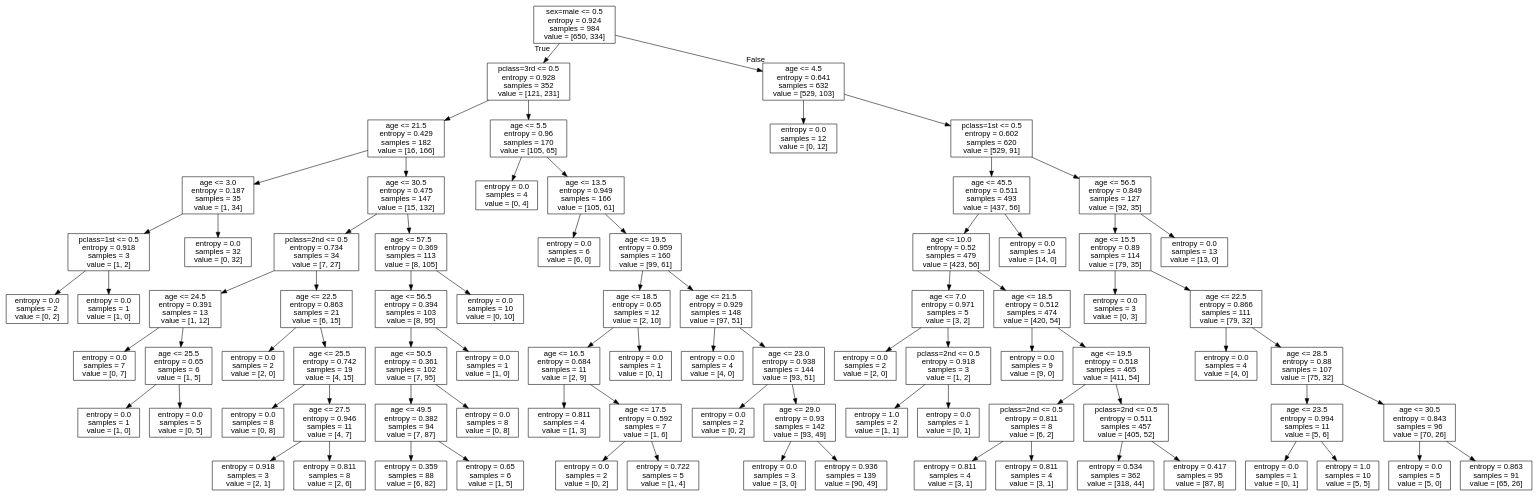
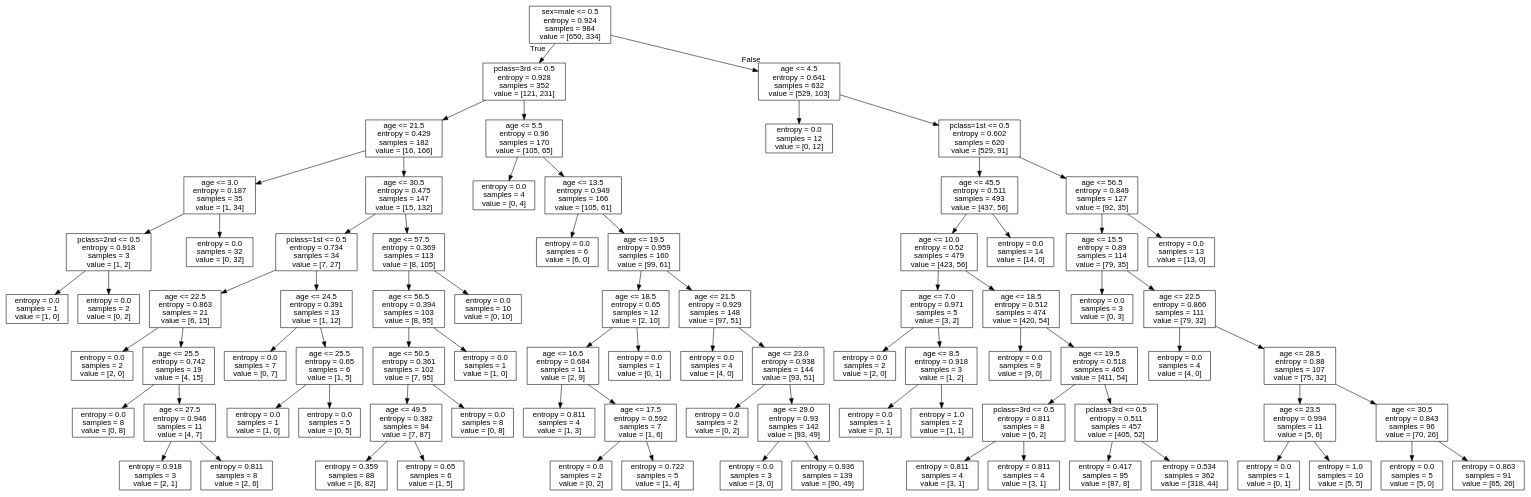
The diagram in day2/titanic_tree.dot (unluckynike/Python_ML_Primer), drawn with Graphviz before and after one commit. The commit also changed 5 other files, not shown here.

```diff
--- a/day2/titanic_tree.dot
+++ b/day2/titanic_tree.dot
@@ -1,169 +1,169 @@
 digraph Tree {
 node [shape=box, fontname="helvetica"] ;
 edge [fontname="helvetica"] ;
 0 [label="sex=male <= 0.5\nentropy = 0.924\nsamples = 984\nvalue = [650, 334]"] ;
 1 [label="pclass=3rd <= 0.5\nentropy = 0.928\nsamples = 352\nvalue = [121, 231]"] ;
 0 -> 1 [labeldistance=2.5, labelangle=45, headlabel="True"] ;
 2 [label="age <= 21.5\nentropy = 0.429\nsamples = 182\nvalue = [16, 166]"] ;
 1 -> 2 ;
 3 [label="age <= 3.0\nentropy = 0.187\nsamples = 35\nvalue = [1, 34]"] ;
 2 -> 3 ;
-4 [label="pclass=1st <= 0.5\nentropy = 0.918\nsamples = 3\nvalue = [1, 2]"] ;
+4 [label="pclass=2nd <= 0.5\nentropy = 0.918\nsamples = 3\nvalue = [1, 2]"] ;
 3 -> 4 ;
-5 [label="entropy = 0.0\nsamples = 2\nvalue = [0, 2]"] ;
+5 [label="entropy = 0.0\nsamples = 1\nvalue = [1, 0]"] ;
 4 -> 5 ;
-6 [label="entropy = 0.0\nsamples = 1\nvalue = [1, 0]"] ;
+6 [label="entropy = 0.0\nsamples = 2\nvalue = [0, 2]"] ;
 4 -> 6 ;
 7 [label="entropy = 0.0\nsamples = 32\nvalue = [0, 32]"] ;
 3 -> 7 ;
 8 [label="age <= 30.5\nentropy = 0.475\nsamples = 147\nvalue = [15, 132]"] ;
 2 -> 8 ;
-9 [label="pclass=2nd <= 0.5\nentropy = 0.734\nsamples = 34\nvalue = [7, 27]"] ;
+9 [label="pclass=1st <= 0.5\nentropy = 0.734\nsamples = 34\nvalue = [7, 27]"] ;
 8 -> 9 ;
-10 [label="age <= 24.5\nentropy = 0.391\nsamples = 13\nvalue = [1, 12]"] ;
+10 [label="age <= 22.5\nentropy = 0.863\nsamples = 21\nvalue = [6, 15]"] ;
 9 -> 10 ;
-11 [label="entropy = 0.0\nsamples = 7\nvalue = [0, 7]"] ;
+11 [label="entropy = 0.0\nsamples = 2\nvalue = [2, 0]"] ;
 10 -> 11 ;
-12 [label="age <= 25.5\nentropy = 0.65\nsamples = 6\nvalue = [1, 5]"] ;
+12 [label="age <= 25.5\nentropy = 0.742\nsamples = 19\nvalue = [4, 15]"] ;
 10 -> 12 ;
-13 [label="entropy = 0.0\nsamples = 1\nvalue = [1, 0]"] ;
+13 [label="entropy = 0.0\nsamples = 8\nvalue = [0, 8]"] ;
 12 -> 13 ;
-14 [label="entropy = 0.0\nsamples = 5\nvalue = [0, 5]"] ;
+14 [label="age <= 27.5\nentropy = 0.946\nsamples = 11\nvalue = [4, 7]"] ;
 12 -> 14 ;
-15 [label="age <= 22.5\nentropy = 0.863\nsamples = 21\nvalue = [6, 15]"] ;
-9 -> 15 ;
-16 [label="entropy = 0.0\nsamples = 2\nvalue = [2, 0]"] ;
-15 -> 16 ;
-17 [label="age <= 25.5\nentropy = 0.742\nsamples = 19\nvalue = [4, 15]"] ;
-15 -> 17 ;
-18 [label="entropy = 0.0\nsamples = 8\nvalue = [0, 8]"] ;
+15 [label="entropy = 0.918\nsamples = 3\nvalue = [2, 1]"] ;
+14 -> 15 ;
+16 [label="entropy = 0.811\nsamples = 8\nvalue = [2, 6]"] ;
+14 -> 16 ;
+17 [label="age <= 24.5\nentropy = 0.391\nsamples = 13\nvalue = [1, 12]"] ;
+9 -> 17 ;
+18 [label="entropy = 0.0\nsamples = 7\nvalue = [0, 7]"] ;
 17 -> 18 ;
-19 [label="age <= 27.5\nentropy = 0.946\nsamples = 11\nvalue = [4, 7]"] ;
+19 [label="age <= 25.5\nentropy = 0.65\nsamples = 6\nvalue = [1, 5]"] ;
 17 -> 19 ;
-20 [label="entropy = 0.918\nsamples = 3\nvalue = [2, 1]"] ;
+20 [label="entropy = 0.0\nsamples = 1\nvalue = [1, 0]"] ;
 19 -> 20 ;
-21 [label="entropy = 0.811\nsamples = 8\nvalue = [2, 6]"] ;
+21 [label="entropy = 0.0\nsamples = 5\nvalue = [0, 5]"] ;
 19 -> 21 ;
 22 [label="age <= 57.5\nentropy = 0.369\nsamples = 113\nvalue = [8, 105]"] ;
 8 -> 22 ;
 23 [label="age <= 56.5\nentropy = 0.394\nsamples = 103\nvalue = [8, 95]"] ;
 22 -> 23 ;
 24 [label="age <= 50.5\nentropy = 0.361\nsamples = 102\nvalue = [7, 95]"] ;
 23 -> 24 ;
 25 [label="age <= 49.5\nentropy = 0.382\nsamples = 94\nvalue = [7, 87]"] ;
 24 -> 25 ;
 26 [label="entropy = 0.359\nsamples = 88\nvalue = [6, 82]"] ;
 25 -> 26 ;
 27 [label="entropy = 0.65\nsamples = 6\nvalue = [1, 5]"] ;
 25 -> 27 ;
 28 [label="entropy = 0.0\nsamples = 8\nvalue = [0, 8]"] ;
 24 -> 28 ;
 29 [label="entropy = 0.0\nsamples = 1\nvalue = [1, 0]"] ;
 23 -> 29 ;
 30 [label="entropy = 0.0\nsamples = 10\nvalue = [0, 10]"] ;
 22 -> 30 ;
 31 [label="age <= 5.5\nentropy = 0.96\nsamples = 170\nvalue = [105, 65]"] ;
 1 -> 31 ;
 32 [label="entropy = 0.0\nsamples = 4\nvalue = [0, 4]"] ;
 31 -> 32 ;
 33 [label="age <= 13.5\nentropy = 0.949\nsamples = 166\nvalue = [105, 61]"] ;
 31 -> 33 ;
 34 [label="entropy = 0.0\nsamples = 6\nvalue = [6, 0]"] ;
 33 -> 34 ;
 35 [label="age <= 19.5\nentropy = 0.959\nsamples = 160\nvalue = [99, 61]"] ;
 33 -> 35 ;
 36 [label="age <= 18.5\nentropy = 0.65\nsamples = 12\nvalue = [2, 10]"] ;
 35 -> 36 ;
 37 [label="age <= 16.5\nentropy = 0.684\nsamples = 11\nvalue = [2, 9]"] ;
 36 -> 37 ;
 38 [label="entropy = 0.811\nsamples = 4\nvalue = [1, 3]"] ;
 37 -> 38 ;
 39 [label="age <= 17.5\nentropy = 0.592\nsamples = 7\nvalue = [1, 6]"] ;
 37 -> 39 ;
 40 [label="entropy = 0.0\nsamples = 2\nvalue = [0, 2]"] ;
 39 -> 40 ;
 41 [label="entropy = 0.722\nsamples = 5\nvalue = [1, 4]"] ;
 39 -> 41 ;
 42 [label="entropy = 0.0\nsamples = 1\nvalue = [0, 1]"] ;
 36 -> 42 ;
 43 [label="age <= 21.5\nentropy = 0.929\nsamples = 148\nvalue = [97, 51]"] ;
 35 -> 43 ;
 44 [label="entropy = 0.0\nsamples = 4\nvalue = [4, 0]"] ;
 43 -> 44 ;
 45 [label="age <= 23.0\nentropy = 0.938\nsamples = 144\nvalue = [93, 51]"] ;
 43 -> 45 ;
 46 [label="entropy = 0.0\nsamples = 2\nvalue = [0, 2]"] ;
 45 -> 46 ;
 47 [label="age <= 29.0\nentropy = 0.93\nsamples = 142\nvalue = [93, 49]"] ;
 45 -> 47 ;
 48 [label="entropy = 0.0\nsamples = 3\nvalue = [3, 0]"] ;
 47 -> 48 ;
 49 [label="entropy = 0.936\nsamples = 139\nvalue = [90, 49]"] ;
 47 -> 49 ;
 50 [label="age <= 4.5\nentropy = 0.641\nsamples = 632\nvalue = [529, 103]"] ;
 0 -> 50 [labeldistance=2.5, labelangle=-45, headlabel="False"] ;
 51 [label="entropy = 0.0\nsamples = 12\nvalue = [0, 12]"] ;
 50 -> 51 ;
 52 [label="pclass=1st <= 0.5\nentropy = 0.602\nsamples = 620\nvalue = [529, 91]"] ;
 50 -> 52 ;
 53 [label="age <= 45.5\nentropy = 0.511\nsamples = 493\nvalue = [437, 56]"] ;
 52 -> 53 ;
 54 [label="age <= 10.0\nentropy = 0.52\nsamples = 479\nvalue = [423, 56]"] ;
 53 -> 54 ;
 55 [label="age <= 7.0\nentropy = 0.971\nsamples = 5\nvalue = [3, 2]"] ;
 54 -> 55 ;
 56 [label="entropy = 0.0\nsamples = 2\nvalue = [2, 0]"] ;
 55 -> 56 ;
-57 [label="pclass=2nd <= 0.5\nentropy = 0.918\nsamples = 3\nvalue = [1, 2]"] ;
+57 [label="age <= 8.5\nentropy = 0.918\nsamples = 3\nvalue = [1, 2]"] ;
 55 -> 57 ;
-58 [label="entropy = 1.0\nsamples = 2\nvalue = [1, 1]"] ;
+58 [label="entropy = 0.0\nsamples = 1\nvalue = [0, 1]"] ;
 57 -> 58 ;
-59 [label="entropy = 0.0\nsamples = 1\nvalue = [0, 1]"] ;
+59 [label="entropy = 1.0\nsamples = 2\nvalue = [1, 1]"] ;
 57 -> 59 ;
 60 [label="age <= 18.5\nentropy = 0.512\nsamples = 474\nvalue = [420, 54]"] ;
 54 -> 60 ;
 61 [label="entropy = 0.0\nsamples = 9\nvalue = [9, 0]"] ;
 60 -> 61 ;
 62 [label="age <= 19.5\nentropy = 0.518\nsamples = 465\nvalue = [411, 54]"] ;
 60 -> 62 ;
-63 [label="pclass=2nd <= 0.5\nentropy = 0.811\nsamples = 8\nvalue = [6, 2]"] ;
+63 [label="pclass=3rd <= 0.5\nentropy = 0.811\nsamples = 8\nvalue = [6, 2]"] ;
 62 -> 63 ;
 64 [label="entropy = 0.811\nsamples = 4\nvalue = [3, 1]"] ;
 63 -> 64 ;
 65 [label="entropy = 0.811\nsamples = 4\nvalue = [3, 1]"] ;
 63 -> 65 ;
-66 [label="pclass=2nd <= 0.5\nentropy = 0.511\nsamples = 457\nvalue = [405, 52]"] ;
+66 [label="pclass=3rd <= 0.5\nentropy = 0.511\nsamples = 457\nvalue = [405, 52]"] ;
 62 -> 66 ;
-67 [label="entropy = 0.534\nsamples = 362\nvalue = [318, 44]"] ;
+67 [label="entropy = 0.417\nsamples = 95\nvalue = [87, 8]"] ;
 66 -> 67 ;
-68 [label="entropy = 0.417\nsamples = 95\nvalue = [87, 8]"] ;
+68 [label="entropy = 0.534\nsamples = 362\nvalue = [318, 44]"] ;
 66 -> 68 ;
 69 [label="entropy = 0.0\nsamples = 14\nvalue = [14, 0]"] ;
 53 -> 69 ;
 70 [label="age <= 56.5\nentropy = 0.849\nsamples = 127\nvalue = [92, 35]"] ;
 52 -> 70 ;
 71 [label="age <= 15.5\nentropy = 0.89\nsamples = 114\nvalue = [79, 35]"] ;
 70 -> 71 ;
 72 [label="entropy = 0.0\nsamples = 3\nvalue = [0, 3]"] ;
 71 -> 72 ;
 73 [label="age <= 22.5\nentropy = 0.866\nsamples = 111\nvalue = [79, 32]"] ;
 71 -> 73 ;
 74 [label="entropy = 0.0\nsamples = 4\nvalue = [4, 0]"] ;
 73 -> 74 ;
 75 [label="age <= 28.5\nentropy = 0.88\nsamples = 107\nvalue = [75, 32]"] ;
 73 -> 75 ;
 76 [label="age <= 23.5\nentropy = 0.994\nsamples = 11\nvalue = [5, 6]"] ;
 75 -> 76 ;
 77 [label="entropy = 0.0\nsamples = 1\nvalue = [0, 1]"] ;
 76 -> 77 ;
 78 [label="entropy = 1.0\nsamples = 10\nvalue = [5, 5]"] ;
 76 -> 78 ;
 79 [label="age <= 30.5\nentropy = 0.843\nsamples = 96\nvalue = [70, 26]"] ;
 75 -> 79 ;
 80 [label="entropy = 0.0\nsamples = 5\nvalue = [5, 0]"] ;
 79 -> 80 ;
 81 [label="entropy = 0.863\nsamples = 91\nvalue = [65, 26]"] ;
 79 -> 81 ;
 82 [label="entropy = 0.0\nsamples = 13\nvalue = [13, 0]"] ;
 70 -> 82 ;
 }
```
